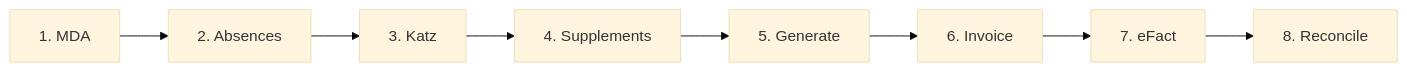
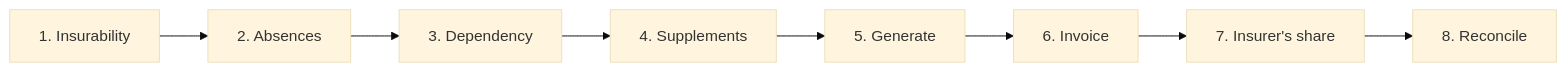
One commit to lplg-europe/resthome-documentation changed the diagram in content/facturation/checklist-fin-de-mois.md. Above: the diagram before and after it, drawn with Mermaid (base theme). The commit also changed other lines of this file and 461 other files, not shown here.

````diff
--- a/content/facturation/checklist-fin-de-mois.md
+++ b/content/facturation/checklist-fin-de-mois.md
@@ -32,10 +44,10 @@
 ```mermaid
 graph LR
-  A[1. MDA] --> B[2. Absences]
-  B --> C[3. Katz]
+  A[1. Insurability] --> B[2. Absences]
+  B --> C[3. Dependency]
   C --> D[4. Supplements]
   D --> E[5. Generate]
   E --> F[6. Invoice]
-  F --> G[7. eFact]
+  F --> G[7. Insurer's share]
   G --> H[8. Reconcile]
 ```
````
